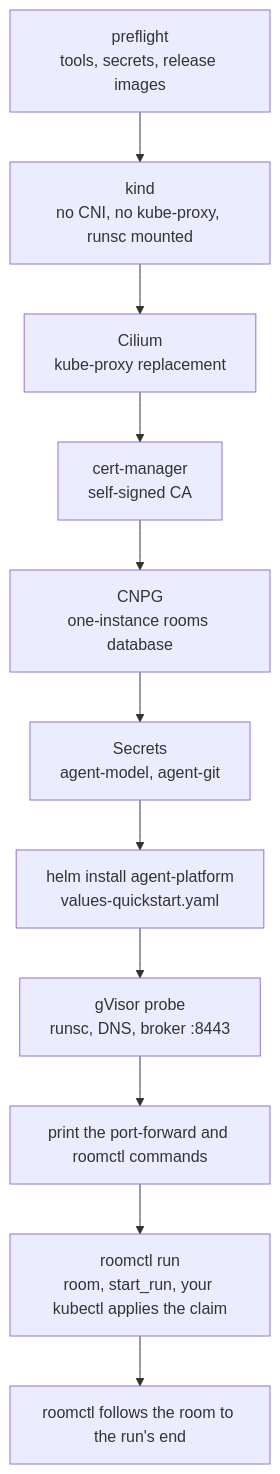
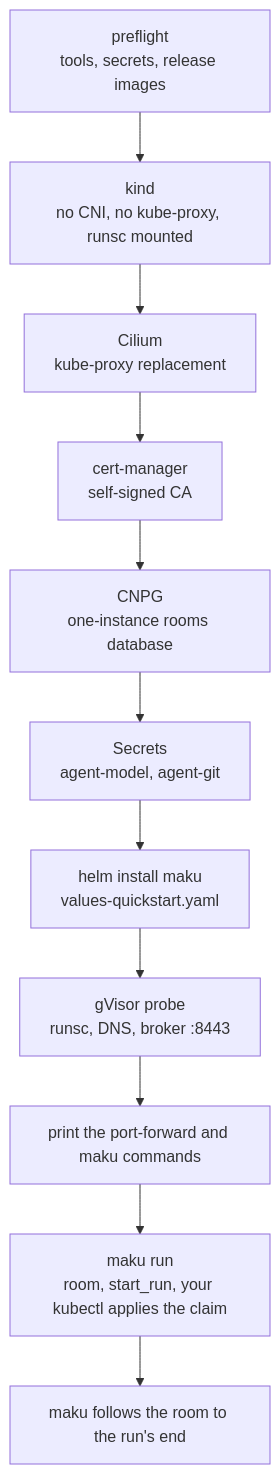
One commit to Smana/agent-platform changed the diagram in docs/quickstart.md. Above: the diagram before and after it, drawn with Mermaid. The commit also changed other lines of this file and 689 other files, not shown here.

First line of the commit message:
feat!: maku phase 1 — module, binaries, images, charts, CLI and metrics under the maku name (#268)

````diff
--- a/docs/quickstart.md
+++ b/docs/quickstart.md
@@ -25,8 +25,8 @@
 ```mermaid
 flowchart TD
   P["preflight<br/>tools, secrets, release images"] --> K["kind<br/>no CNI, no kube-proxy, runsc mounted"]
   K --> C["Cilium<br/>kube-proxy replacement"] --> M["cert-manager<br/>self-signed CA"]
   M --> N["CNPG<br/>one-instance rooms database"] --> S["Secrets<br/>agent-model, agent-git"]
-  S --> H["helm install agent-platform<br/>values-quickstart.yaml"]
-  H --> G["gVisor probe<br/>runsc, DNS, broker :8443"] --> F["print the port-forward and roomctl commands"] --> R["roomctl run<br/>room, start_run, your kubectl applies the claim"] --> W["roomctl follows the room to the run's end"]
+  S --> H["helm install maku<br/>values-quickstart.yaml"]
+  H --> G["gVisor probe<br/>runsc, DNS, broker :8443"] --> F["print the port-forward and maku commands"] --> R["maku run<br/>room, start_run, your kubectl applies the claim"] --> W["maku follows the room to the run's end"]
 ```
````
